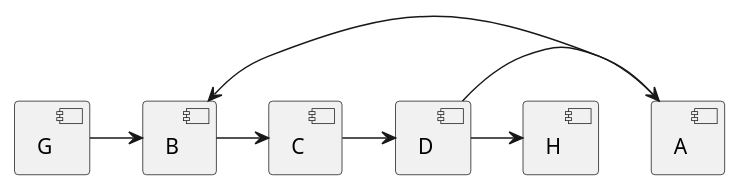
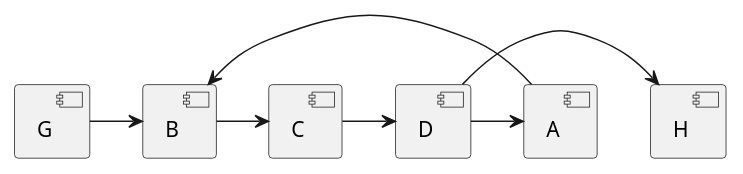
Before and after one commit to michael72/plantuml-helpers: the eighth of 12 diagrams in doc/examples.md, drawn with PlantUML. The commit also changed other lines of this file and 4 other files, not shown here.

````diff
--- a/doc/examples.md
+++ b/doc/examples.md
@@ -17,11 +149,11 @@
 ```plantuml
 title auto formatted
 @startuml
 [G] -> [B]
+[B] -> [C]
+[C] -> [D]
+[D] -> [H]
+[D] -> [A]
 [A] -> [B]
-[C] -> [D]
-[D] -> [A]
-[D] -> [H]
-[B] -> [C]
 @enduml
 ```
````
